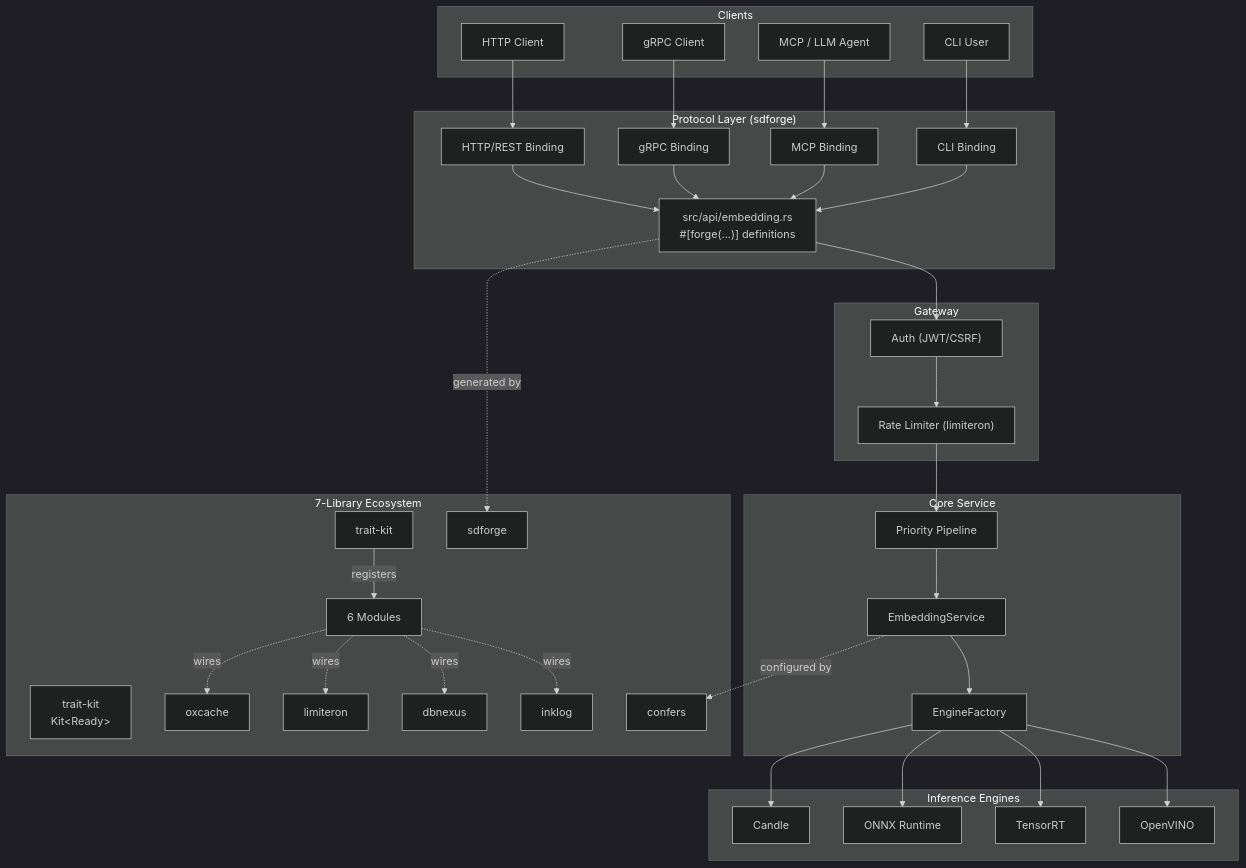
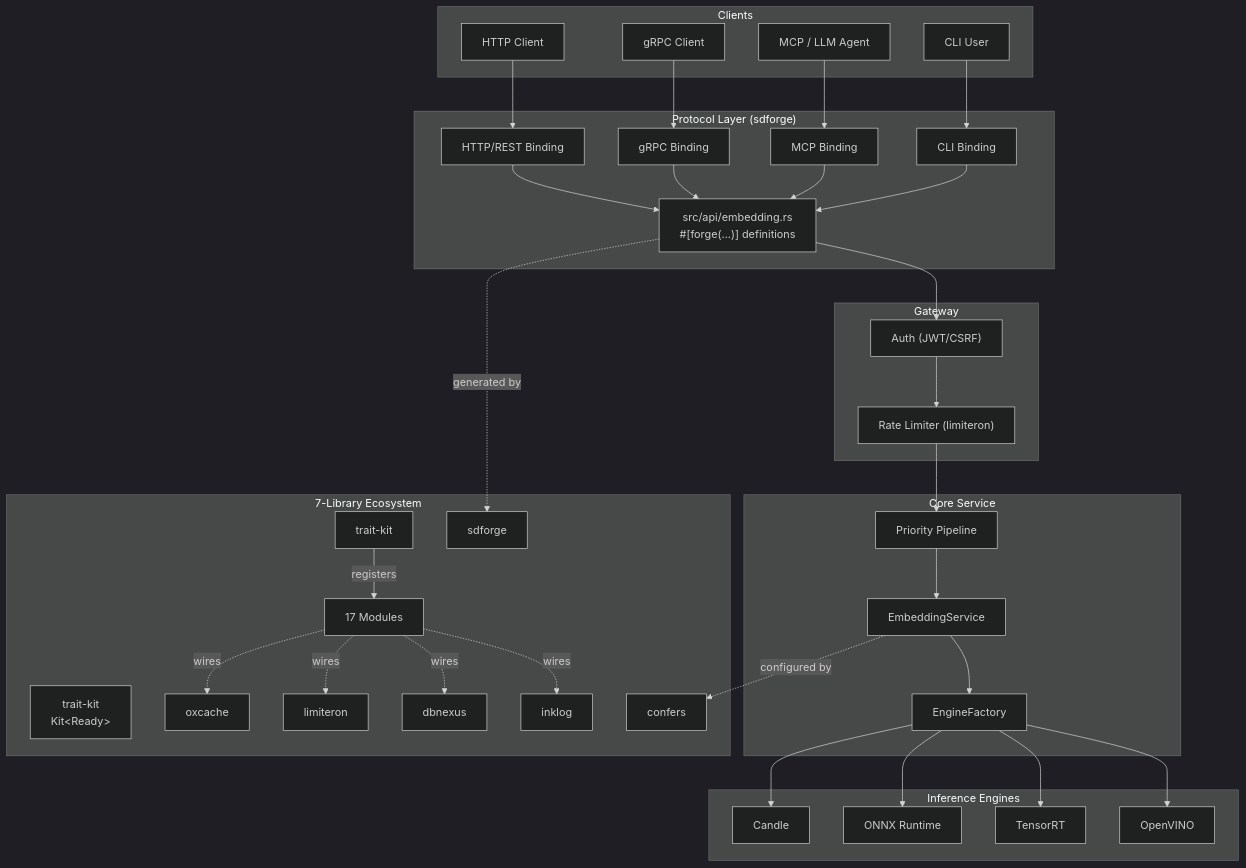
One commit to Kirky-X/vecboost changed the first of 7 diagrams in docs/ARCHITECTURE.md. Above: the diagram before and after it, drawn with Mermaid (dark theme). The commit also changed other lines of this file and 5 other files, not shown here.

````diff
--- a/docs/ARCHITECTURE.md
+++ b/docs/ARCHITECTURE.md
@@ -11,60 +11,60 @@
 ```mermaid
 graph TB
     subgraph Clients["Clients"]
         HTTPClient["HTTP Client"]
         gRPCClient["gRPC Client"]
         MCPClient["MCP / LLM Agent"]
         CLIUser["CLI User"]
     end
 
     subgraph ProtocolLayer["Protocol Layer (sdforge)"]
         API["src/api/embedding.rs<br/>#[forge(...)] definitions"]
         HTTPBinding["HTTP/REST Binding"]
         gRPCBinding["gRPC Binding"]
         MCPBinding["MCP Binding"]
         CLIBinding["CLI Binding"]
     end
 
     subgraph Gateway["Gateway"]
         Auth["Auth (JWT/CSRF)"]
         RateLim["Rate Limiter (limiteron)"]
     end
 
     subgraph Core["Core Service"]
         Pipeline["Priority Pipeline"]
         EmbeddingService["EmbeddingService"]
         EngineFactory["EngineFactory"]
     end
 
     subgraph Engines["Inference Engines"]
         Candle["Candle"]
         ONNX["ONNX Runtime"]
         TensorRT["TensorRT"]
         OpenVINO["OpenVINO"]
     end
 
     subgraph Ecosystem["7-Library Ecosystem"]
         Kit["trait-kit<br/>Kit&lt;Ready&gt;"]
-        trait-kit -->|registers| Modules["6 Modules"]
+        trait-kit -->|registers| Modules["17 Modules"]
         oxcache["oxcache"]
         limiteron["limiteron"]
         dbnexus["dbnexus"]
         inklog["inklog"]
         confers["confers"]
         sdforge["sdforge"]
     end
 
     HTTPClient --> HTTPBinding
     gRPCClient --> gRPCBinding
     MCPClient --> MCPBinding
     CLIUser --> CLIBinding
 
     HTTPBinding & gRPCBinding & MCPBinding & CLIBinding --> API
     API --> Auth --> RateLim --> Pipeline --> EmbeddingService
     EmbeddingService --> EngineFactory
     EngineFactory --> Candle & ONNX & TensorRT & OpenVINO
 
     Modules -.->|wires| oxcache & limiteron & dbnexus & inklog
     API -.->|generated by| sdforge
     EmbeddingService -.->|configured by| confers
 ```
````
